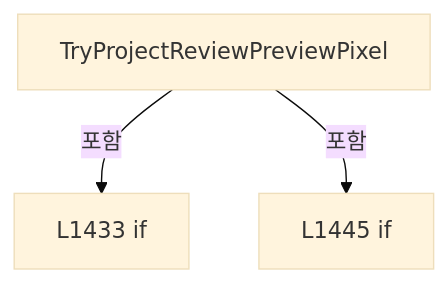
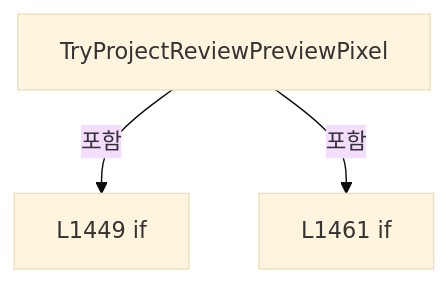
Before and after one commit to kjuws10-rgb/Shared: diagram 16 of 22 in A3 LD Code Ref/files/Drilling.UI/Menu/Menus/CReviewGlassPreviewBuilder.cs.md, drawn with Mermaid (base theme). The commit also changed other lines of this file and 2071 other files, not shown here.

Commit message:
docs(a3): update 11.19.0 architecture and code reference

````diff
--- a/A3 LD Code Ref/files/Drilling.UI/Menu/Menus/CReviewGlassPreviewBuilder.cs.md
+++ b/A3 LD Code Ref/files/Drilling.UI/Menu/Menus/CReviewGlassPreviewBuilder.cs.md
@@ -2553,8 +2568,8 @@
 ```mermaid
 flowchart TD
  M["TryProjectReviewPreviewPixel"]
- N0["L1433 if"]
+ N0["L1449 if"]
  M -->|포함| N0
- N1["L1445 if"]
+ N1["L1461 if"]
  M -->|포함| N1
 ```
````
